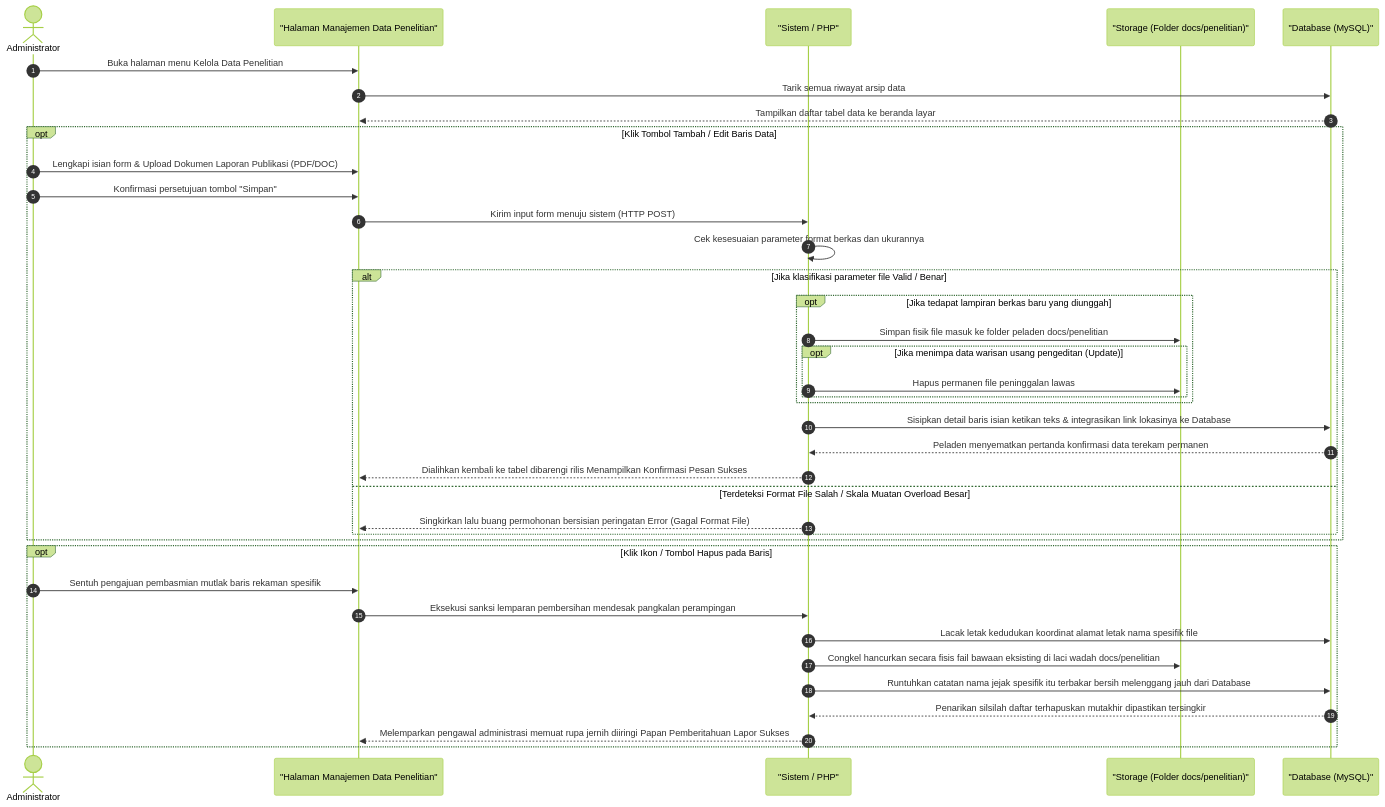
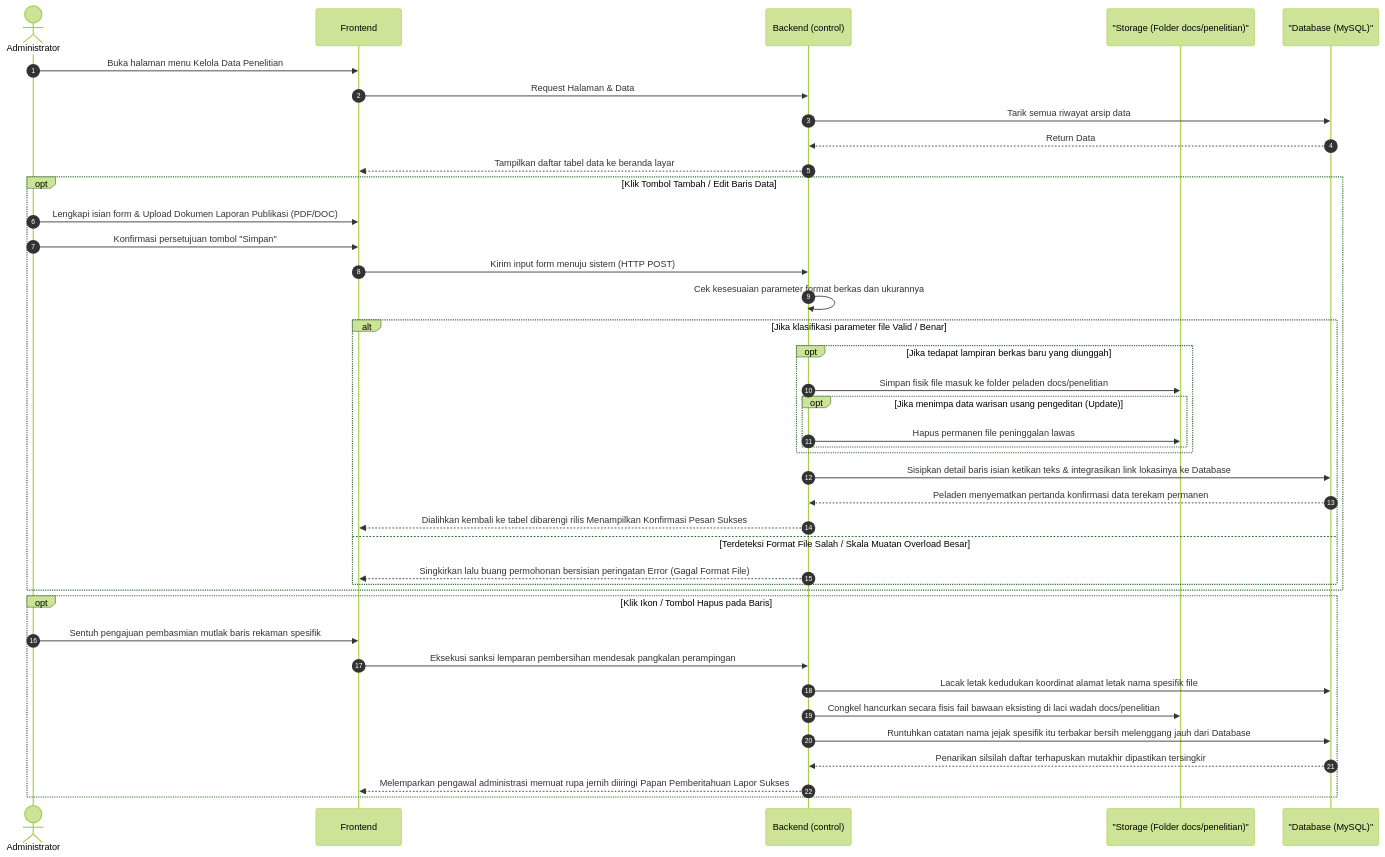
The tenth of 17 diagrams in docs/kumpulan_sequence_backend.md (arbain-dev/Web_fikom), drawn with Mermaid (forest theme) before and after one commit. The commit also changed other lines of this file and 1 other file, not shown here.

Commit message:
docs: standardisasi arsitektur 3 tier (Frontend, Backend, DB) pada seluruh sequence diagram backend

````diff
--- a/docs/kumpulan_sequence_backend.md
+++ b/docs/kumpulan_sequence_backend.md
@@ -430,48 +446,50 @@
 ```mermaid
 sequenceDiagram
     autonumber
     actor Admin as Administrator
-    participant View as "Halaman Manajemen Data Penelitian"
-    participant System as "Sistem / PHP"
+    participant Frontend
+    participant Backend as Backend (control)
     participant Server as "Storage (Folder docs/penelitian)"
     participant DB as "Database (MySQL)"
 
-    Admin->>View: Buka halaman menu Kelola Data Penelitian
-    View->>DB: Tarik semua riwayat arsip data
-    DB-->>View: Tampilkan daftar tabel data ke beranda layar
+    Admin->>Frontend: Buka halaman menu Kelola Data Penelitian
+    Frontend->>Backend: Request Halaman & Data
+    Backend->>DB: Tarik semua riwayat arsip data
+    DB-->>Backend: Return Data
+    Backend-->>Frontend: Tampilkan daftar tabel data ke beranda layar
 
     %% Proses Tambah / Edit
     opt Klik Tombol Tambah / Edit Baris Data
-        Admin->>View: Lengkapi isian form & Upload Dokumen Laporan Publikasi (PDF/DOC)
-        Admin->>View: Konfirmasi persetujuan tombol "Simpan"
-        View->>System: Kirim input form menuju sistem (HTTP POST)
+        Admin->>Frontend: Lengkapi isian form & Upload Dokumen Laporan Publikasi (PDF/DOC)
+        Admin->>Frontend: Konfirmasi persetujuan tombol "Simpan"
+        Frontend->>Backend: Kirim input form menuju sistem (HTTP POST)
 
-        System->>System: Cek kesesuaian parameter format berkas dan ukurannya
+        Backend->>Backend: Cek kesesuaian parameter format berkas dan ukurannya
         
         alt Jika klasifikasi parameter file Valid / Benar
             opt Jika tedapat lampiran berkas baru yang diunggah
-                System->>Server: Simpan fisik file masuk ke folder peladen docs/penelitian
+                Backend->>Server: Simpan fisik file masuk ke folder peladen docs/penelitian
                 opt Jika menimpa data warisan usang pengeditan (Update)
-                    System->>Server: Hapus permanen file peninggalan lawas
+                    Backend->>Server: Hapus permanen file peninggalan lawas
                 end
             end
             
-            System->>DB: Sisipkan detail baris isian ketikan teks & integrasikan link lokasinya ke Database
-            DB-->>System: Peladen menyematkan pertanda konfirmasi data terekam permanen
-            System-->>View: Dialihkan kembali ke tabel dibarengi rilis Menampilkan Konfirmasi Pesan Sukses
+            Backend->>DB: Sisipkan detail baris isian ketikan teks & integrasikan link lokasinya ke Database
+            DB-->>Backend: Peladen menyematkan pertanda konfirmasi data terekam permanen
+            Backend-->>Frontend: Dialihkan kembali ke tabel dibarengi rilis Menampilkan Konfirmasi Pesan Sukses
         else Terdeteksi Format File Salah / Skala Muatan Overload Besar
-            System-->>View: Singkirkan lalu buang permohonan bersisian peringatan Error (Gagal Format File)
+            Backend-->>Frontend: Singkirkan lalu buang permohonan bersisian peringatan Error (Gagal Format File)
         end
     end
 
     %% Proses Hapus
     opt Klik Ikon / Tombol Hapus pada Baris
-        Admin->>View: Sentuh pengajuan pembasmian mutlak baris rekaman spesifik
-        View->>System: Eksekusi sanksi lemparan pembersihan mendesak pangkalan perampingan
-        System->>DB: Lacak letak kedudukan koordinat alamat letak nama spesifik file 
-        System->>Server: Congkel hancurkan secara fisis fail bawaan eksisting di laci wadah docs/penelitian
-        System->>DB: Runtuhkan catatan nama jejak spesifik itu terbakar bersih melenggang jauh dari Database
-        DB-->>System: Penarikan silsilah daftar terhapuskan mutakhir dipastikan tersingkir
-        System-->>View: Melemparkan pengawal administrasi memuat rupa jernih diiringi Papan Pemberitahuan Lapor Sukses 
+        Admin->>Frontend: Sentuh pengajuan pembasmian mutlak baris rekaman spesifik
+        Frontend->>Backend: Eksekusi sanksi lemparan pembersihan mendesak pangkalan perampingan
+        Backend->>DB: Lacak letak kedudukan koordinat alamat letak nama spesifik file 
+        Backend->>Server: Congkel hancurkan secara fisis fail bawaan eksisting di laci wadah docs/penelitian
+        Backend->>DB: Runtuhkan catatan nama jejak spesifik itu terbakar bersih melenggang jauh dari Database
+        DB-->>Backend: Penarikan silsilah daftar terhapuskan mutakhir dipastikan tersingkir
+        Backend-->>Frontend: Melemparkan pengawal administrasi memuat rupa jernih diiringi Papan Pemberitahuan Lapor Sukses 
     end
 ```
````
